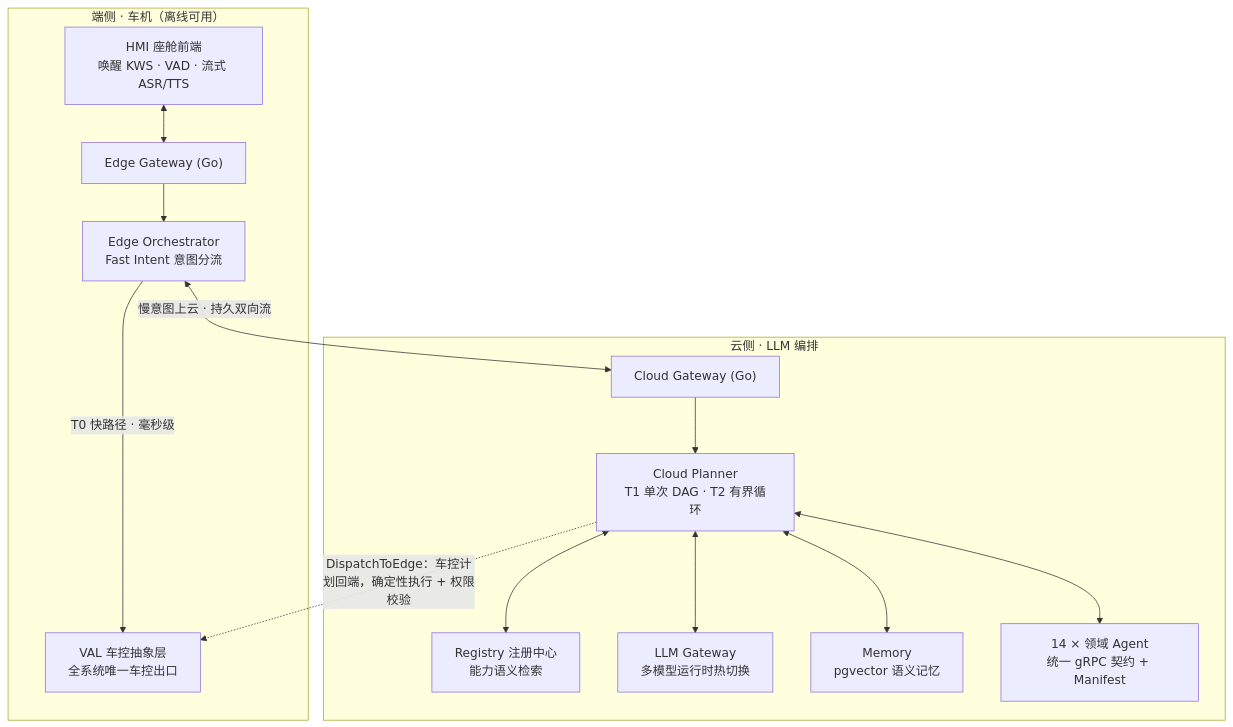
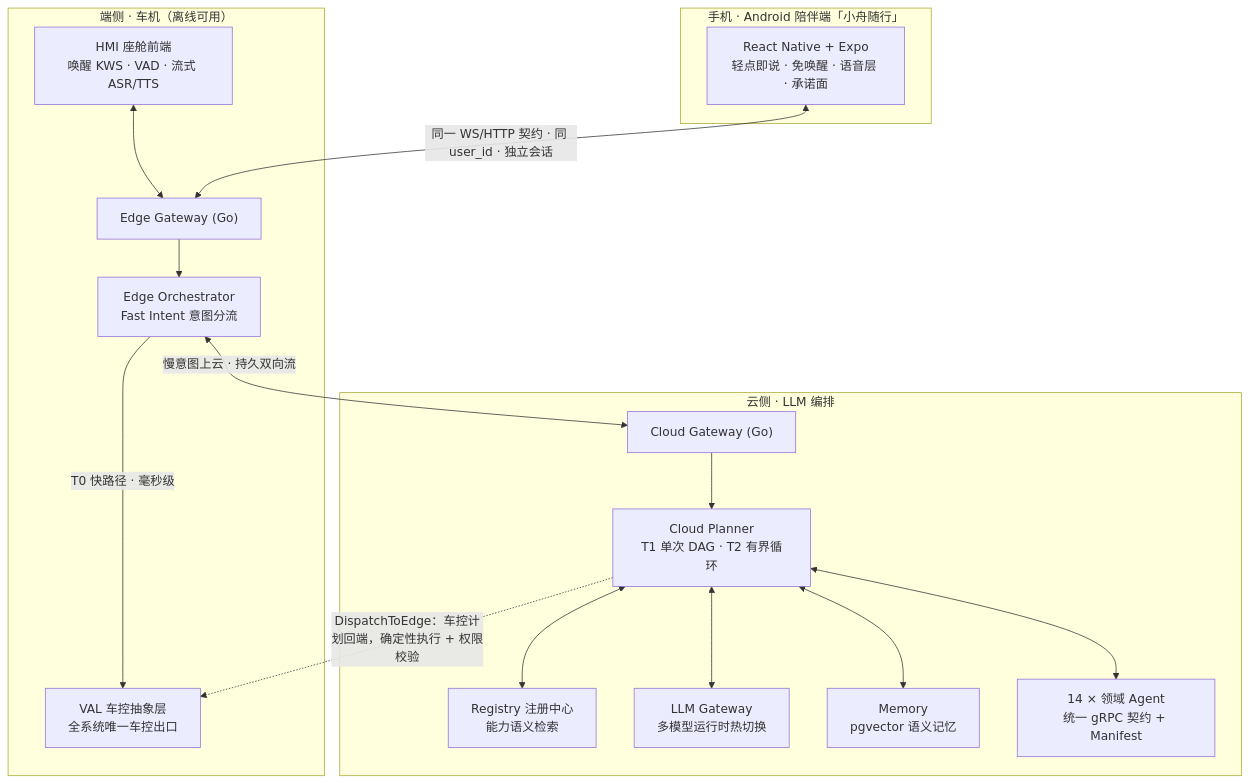
Before and after one commit to SuperdeMan/cockpit-agent: the diagram in README.md, drawn with Mermaid. The commit also changed other lines of this file and 11 other files, not shown here.

First line of the commit message:
docs: surface the Android companion app in README and related docs

````diff
--- a/README.md
+++ b/README.md
@@ -60,27 +72,31 @@
 ```mermaid
 flowchart TB
     subgraph EDGE["端侧 · 车机（离线可用）"]
         HMI["HMI 座舱前端<br/>唤醒 KWS · VAD · 流式 ASR/TTS"]
         EGW["Edge Gateway (Go)"]
         EO["Edge Orchestrator<br/>Fast Intent 意图分流"]
         VAL["VAL 车控抽象层<br/>全系统唯一车控出口"]
         HMI <--> EGW
         EGW --> EO
         EO -->|"T0 快路径 · 毫秒级"| VAL
     end
+    subgraph MOBILE["手机 · Android 陪伴端「小舟随行」"]
+        APP["React Native + Expo<br/>轻点即说 · 免唤醒 · 语音层 · 承诺面"]
+    end
+    APP <-->|"同一 WS/HTTP 契约 · 同 user_id · 独立会话"| EGW
     subgraph CLOUD["云侧 · LLM 编排"]
         CGW["Cloud Gateway (Go)"]
         CP["Cloud Planner<br/>T1 单次 DAG · T2 有界循环"]
         REG["Registry 注册中心<br/>能力语义检索"]
         LLM["LLM Gateway<br/>多模型运行时热切换"]
         MEM["Memory<br/>pgvector 语义记忆"]
         AG["14 × 领域 Agent<br/>统一 gRPC 契约 + Manifest"]
         CGW --> CP
         CP <--> REG
         CP <--> LLM
         CP <--> MEM
         CP <--> AG
     end
     EO <-->|"慢意图上云 · 持久双向流"| CGW
     CP -.->|"DispatchToEdge：车控计划回端，确定性执行 + 权限校验"| VAL
 ```
````
